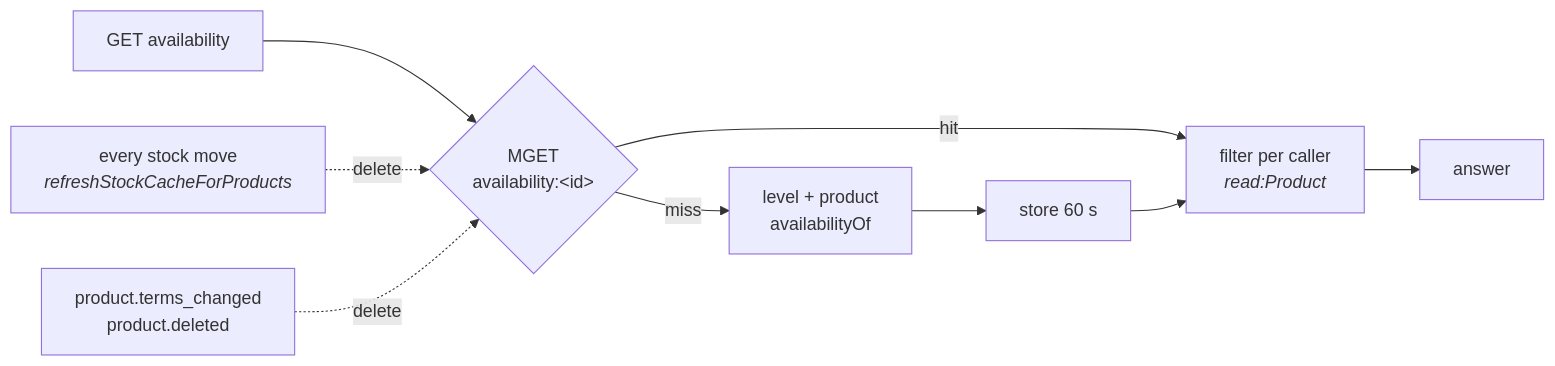
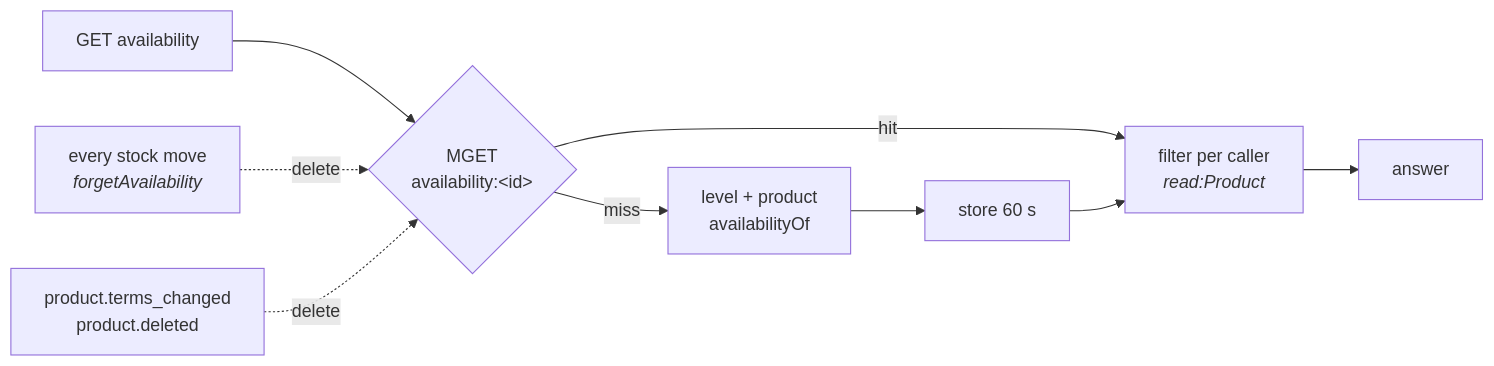
One commit to Guebbit/boilerplate-node-backend changed the second of 3 diagrams in docs/modules/inventory.md. Above: the diagram before and after it, drawn with Mermaid. The commit also changed other lines of this file and 97 other files, not shown here.

First line of the commit message:
refactor(products): drop the stock copy; stock-alerts asks inventory on a 5-minute sweep

````diff
--- a/docs/modules/inventory.md
+++ b/docs/modules/inventory.md
@@ -194,9 +182,9 @@
 ```mermaid
 flowchart LR
     R["GET availability"] --> M{"MGET<br/>availability:&lt;id&gt;"}
     M -->|hit| F["filter per caller<br/><i>read:Product</i>"]
     M -->|miss| B["level + product<br/>availabilityOf"] --> S["store 60 s"] --> F
     F --> A["answer"]
-    W1["every stock move<br/><i>refreshStockCacheForProducts</i>"] -.->|delete| M
+    W1["every stock move<br/><i>forgetAvailability</i>"] -.->|delete| M
     W2["product.terms_changed<br/>product.deleted"] -.->|delete| M
 ```
````
